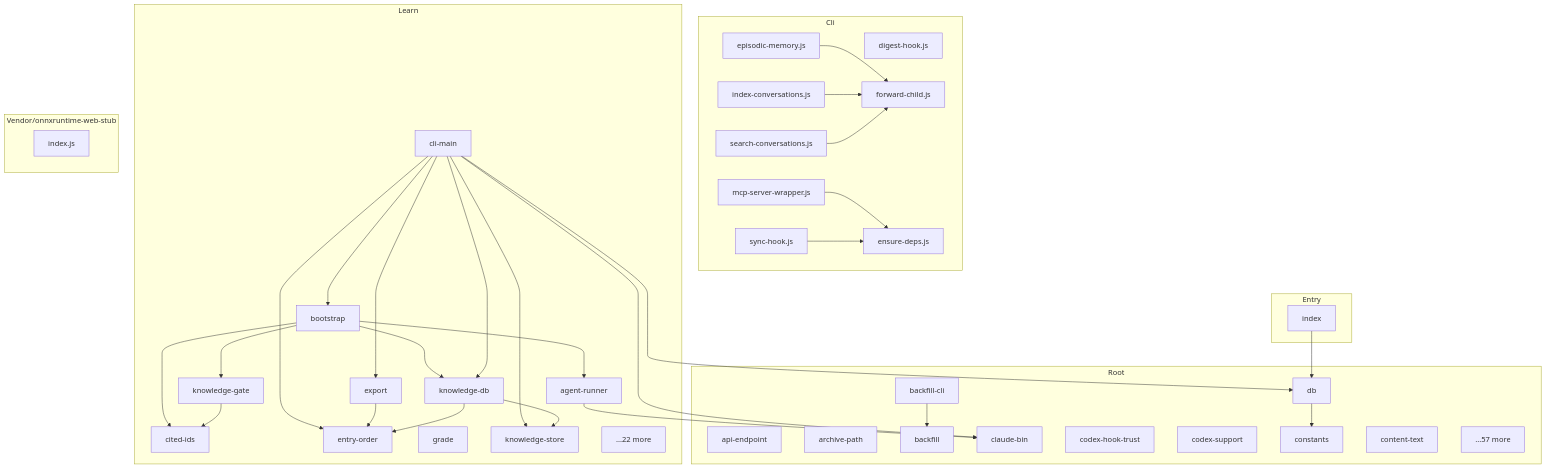
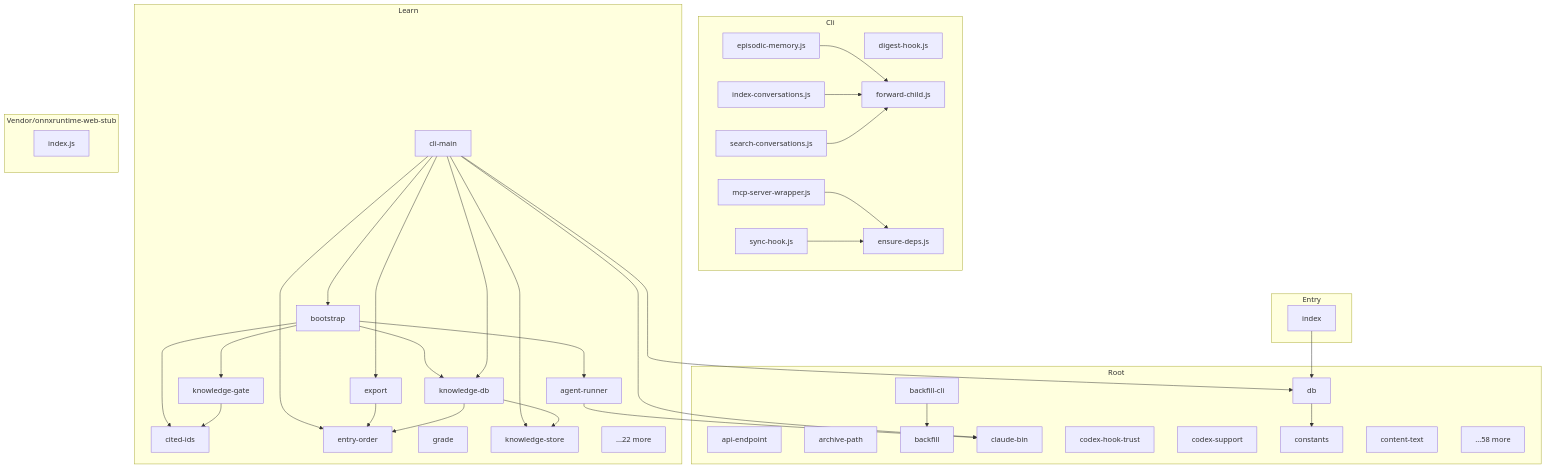
The diagram in docs/architecture/DEPENDENCY_GRAPH.md (danielsimonjr/episodic-memory), drawn with Mermaid before and after one commit. The commit also changed other lines of this file and 40 other files, not shown here.

````diff
--- a/docs/architecture/DEPENDENCY_GRAPH.md
+++ b/docs/architecture/DEPENDENCY_GRAPH.md
@@ -2181,74 +2207,74 @@
 ```mermaid
 graph TD
     subgraph Cli
         N0[digest-hook.js]
         N1[ensure-deps.js]
         N2[episodic-memory.js]
         N3[forward-child.js]
         N4[index-conversations.js]
         N5[mcp-server-wrapper.js]
         N6[search-conversations.js]
         N7[sync-hook.js]
     end
 
     subgraph Root
         N8[api-endpoint]
         N9[archive-path]
         N10[backfill-cli]
         N11[backfill]
         N12[claude-bin]
         N13[codex-hook-trust]
         N14[codex-support]
         N15[constants]
         N16[content-text]
         N17[db]
-        N18[...57 more]
+        N18[...58 more]
     end
 
     subgraph Entry
         N19[index]
     end
 
     subgraph Learn
         N20[agent-runner]
         N21[bootstrap]
         N22[cited-ids]
         N23[cli-main]
         N24[entry-order]
         N25[export]
         N26[grade]
         N27[knowledge-db]
         N28[knowledge-gate]
         N29[knowledge-store]
         N30[...22 more]
     end
 
     subgraph Vendor/onnxruntime-web-stub
         N31[index.js]
     end
 
     N2 --> N3
     N4 --> N3
     N5 --> N1
     N6 --> N3
     N7 --> N1
     N10 --> N11
     N17 --> N15
     N19 --> N17
     N20 --> N12
     N21 --> N27
     N21 --> N28
     N21 --> N22
     N21 --> N20
     N23 --> N12
     N23 --> N27
     N23 --> N25
     N23 --> N24
     N23 --> N29
     N23 --> N17
     N23 --> N21
     N25 --> N24
     N27 --> N29
     N27 --> N24
     N28 --> N22
 ```
````
